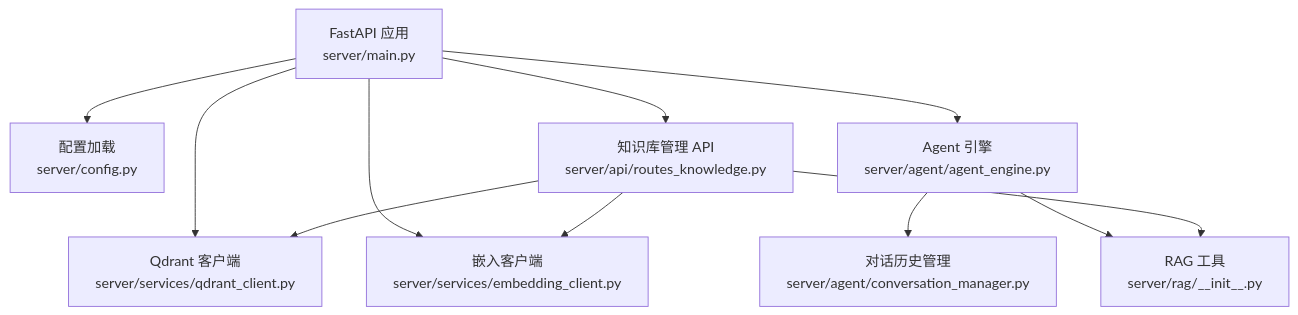
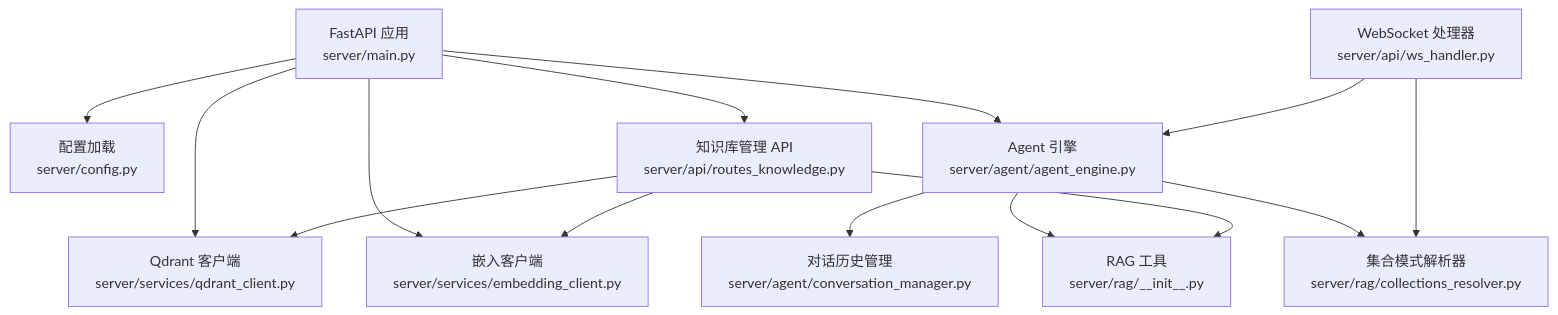
Before and after one commit to leo21cn/real-time-talk: the first of 8 diagrams in .qoder/repowiki/zh/content/后端服务/Agent 引擎设计/RAG 检索增强.md, drawn with Mermaid. The commit also changed other lines of this file and 9 other files, not shown here.

````diff
--- a/.qoder/repowiki/zh/content/后端服务/Agent 引擎设计/RAG 检索增强.md
+++ b/.qoder/repowiki/zh/content/后端服务/Agent 引擎设计/RAG 检索增强.md
@@ -40,13 +52,16 @@
 ```mermaid
 graph TB
 A["FastAPI 应用<br/>server/main.py"] --> B["配置加载<br/>server/config.py"]
 A --> C["Qdrant 客户端<br/>server/services/qdrant_client.py"]
 A --> D["嵌入客户端<br/>server/services/embedding_client.py"]
 A --> E["Agent 引擎<br/>server/agent/agent_engine.py"]
 E --> F["对话历史管理<br/>server/agent/conversation_manager.py"]
 E --> G["RAG 工具<br/>server/rag/__init__.py"]
-A --> H["知识库管理 API<br/>server/api/routes_knowledge.py"]
-H --> C
-H --> D
-H --> G
+E --> H["集合模式解析器<br/>server/rag/collections_resolver.py"]
+A --> I["知识库管理 API<br/>server/api/routes_knowledge.py"]
+I --> C
+I --> D
+I --> G
+J["WebSocket 处理器<br/>server/api/ws_handler.py"] --> E
+J --> H
 ```
````
